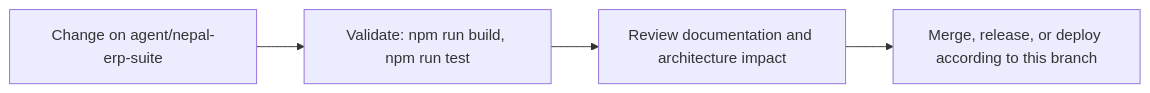
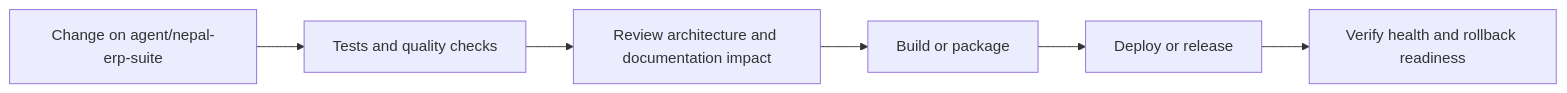
One commit to Nischhalsubba/Formcraft changed the sixth of 7 diagrams in README.md. Above: the diagram before and after it, drawn with Mermaid. The commit also changed other lines of this file, not shown here.

````diff
--- a/README.md
+++ b/README.md
@@ -64,8 +172,8 @@
 ```mermaid
 flowchart LR
-    CHANGE["Change on agent/nepal-erp-suite"]
-    CHECK["Validate: npm run build, npm run test"]
-    REVIEW["Review documentation and architecture impact"]
-    RELEASE["Merge, release, or deploy according to this branch"]
-    CHANGE --> CHECK --> REVIEW --> RELEASE
+    CHANGE["Change on agent/nepal-erp-suite"] --> CHECK["Tests and quality checks"]
+    CHECK --> REVIEW["Review architecture and documentation impact"]
+    REVIEW --> BUILD["Build or package"]
+    BUILD --> DEPLOY["Deploy or release"]
+    DEPLOY --> VERIFY["Verify health and rollback readiness"]
 ```
````
